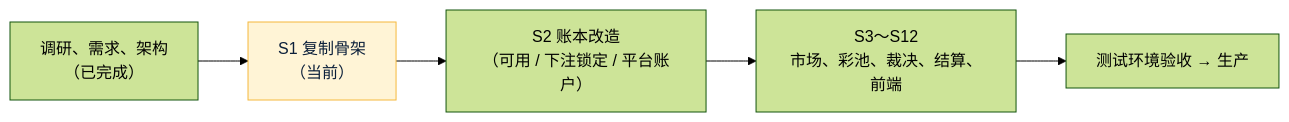
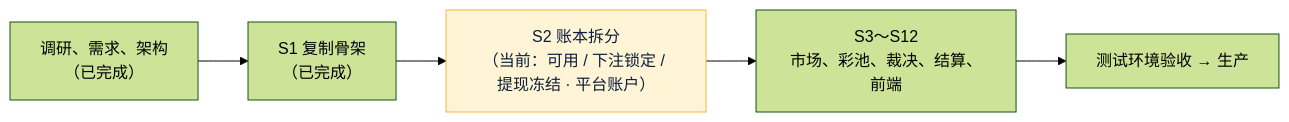
One commit to dollar3651314/forecast changed the diagram in 项目地图.md. Above: the diagram before and after it, drawn with Mermaid (forest theme). The commit also changed other lines of this file and 6 other files, not shown here.

First line of the commit message:
S2 文档：开发记录、项目地图 v0.8、项目索引 v0.8、需求说明书 v1.2、架构方案 v1.1

````diff
--- a/项目地图.md
+++ b/项目地图.md
@@ -11,5 +11,5 @@
 ```mermaid
 flowchart LR
-    R["调研、需求、架构<br/>（已完成）"] --> S1["S1 复制骨架<br/>（当前）"]:::now --> S2["S2 账本改造<br/>（可用 / 下注锁定 / 平台账户）"] --> S3["S3～S12<br/>市场、彩池、裁决、结算、前端"] --> T["测试环境验收 → 生产"]
+    R["调研、需求、架构<br/>（已完成）"] --> S1["S1 复制骨架<br/>（已完成）"] --> S2["S2 账本拆分<br/>（当前：可用 / 下注锁定 / 提现冻结 · 平台账户）"]:::now --> S3["S3～S12<br/>市场、彩池、裁决、结算、前端"] --> T["测试环境验收 → 生产"]
     classDef now fill:#FFF4D6,stroke:#F5B83D,color:#0B1F3A
 ```
````
